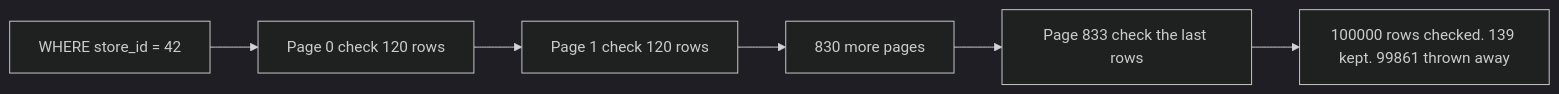
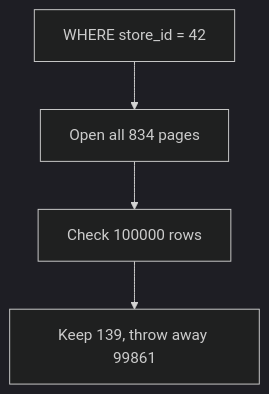
One commit to starjustice/research-material changed the second of 5 diagrams in learn/database/09-indexes-and-b-trees.md. Above: the diagram before and after it, drawn with Mermaid (dark theme). The commit also changed other lines of this file, not shown here.

Commit message:
Reshape Database lesson 09 (Indexes and B-trees) into short cards with guess bars and blue More detail bars

````diff
--- a/learn/database/09-indexes-and-b-trees.md
+++ b/learn/database/09-indexes-and-b-trees.md
@@ -39,8 +55,6 @@
 ```mermaid
-graph LR
-    Q["WHERE store_id = 42"] --> P0["Page 0 check 120 rows"]
-    P0 --> P1["Page 1 check 120 rows"]
-    P1 --> PM["830 more pages"]
-    PM --> PL["Page 833 check the last rows"]
-    PL --> R["100000 rows checked. 139 kept. 99861 thrown away"]
+graph TB
+    Q["WHERE store_id = 42"] --> P["Open all 834 pages"]
+    P --> C["Check 100000 rows"]
+    C --> R["Keep 139, throw away 99861"]
 ```
````
